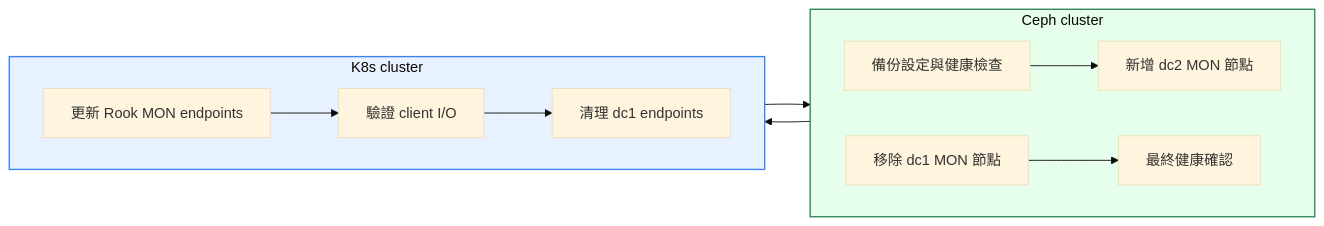
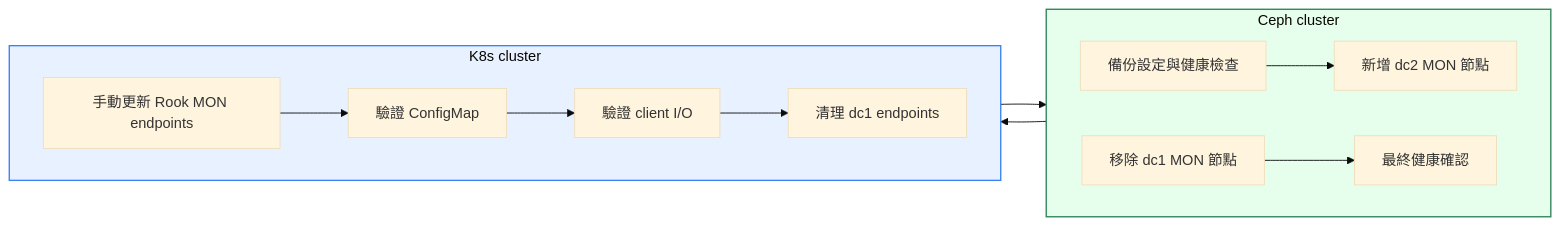
Before and after one commit to MansionLai/notebook: the first of 2 diagrams in storage/ceph-cross-dc-migration/detail_runbook.md, drawn with Mermaid (base theme). The commit also changed other lines of this file, not shown here.

First line of the commit message:
docs: update high-level flow diagram with fast track path

````diff
--- a/storage/ceph-cross-dc-migration/detail_runbook.md
+++ b/storage/ceph-cross-dc-migration/detail_runbook.md
@@ -15,23 +17,25 @@
 ```mermaid
 flowchart LR
     subgraph CEPH["Ceph cluster"]
         direction LR
         A[備份設定與健康檢查] --> B[新增 dc2 MON 節點]
         E[移除 dc1 MON 節點]
         F[最終健康確認]
     end
 
     subgraph K8S["K8s cluster"]
         direction LR
-        C[更新 Rook MON endpoints] --> D[驗證 client I/O]
+        C[手動更新 Rook MON endpoints] --> D[驗證 ConfigMap]
+        H[驗證 client I/O]
         G[清理 dc1 endpoints]
     end
 
     B --> C
-    D --> G
+    D --> H
+    H --> G
     G --> E
     E --> F
 
     style CEPH fill:#e6ffed,stroke:#2f855a,stroke-width:1.5px
     style K8S fill:#e8f1ff,stroke:#3b82f6,stroke-width:1.5px
 ```
````
